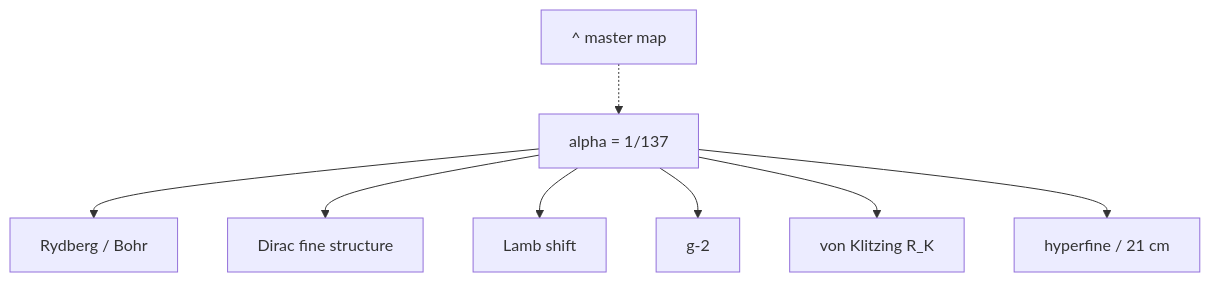
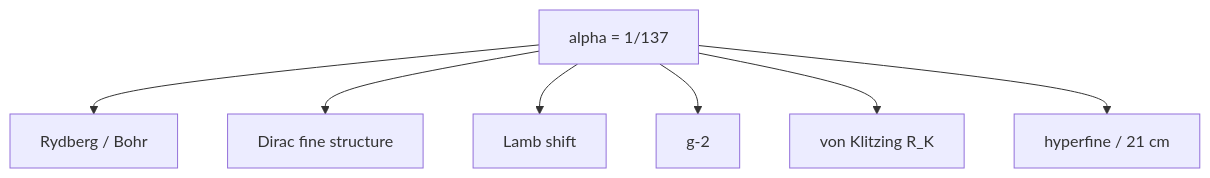
One commit to jimscarver/quantum-logical-framework changed the fifth of 11 diagrams in FlowChart.md. Above: the diagram before and after it, drawn with Mermaid. The commit also changed other lines of this file, not shown here.

First line of the commit message:
FlowChart.md: drop sub-chart hub nodes + parentheses (GitHub render fixes)

````diff
--- a/FlowChart.md
+++ b/FlowChart.md
@@ -118,10 +118,10 @@
 ```mermaid
 flowchart TD
-  H4["^ master map"] -.-> AL["alpha = 1/137"]
+  AL["alpha = 1/137"]
   AL --> RY["Rydberg / Bohr"]
   AL --> DI["Dirac fine structure"]
   AL --> LA["Lamb shift"]
   AL --> GM["g-2"]
   AL --> VK["von Klitzing R_K"]
   AL --> HF["hyperfine / 21 cm"]
 ```
````
